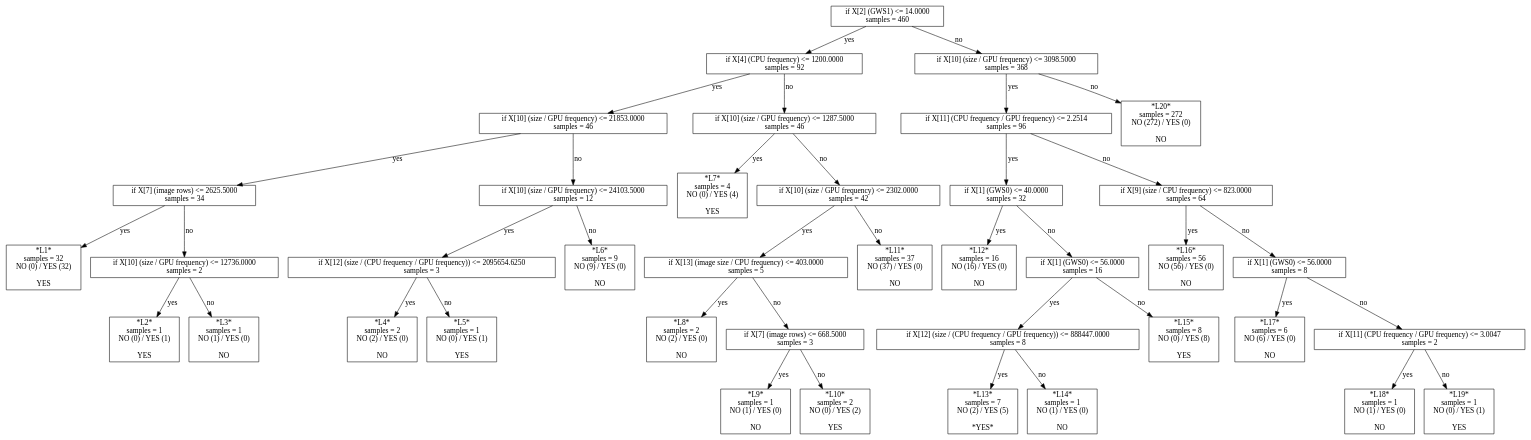
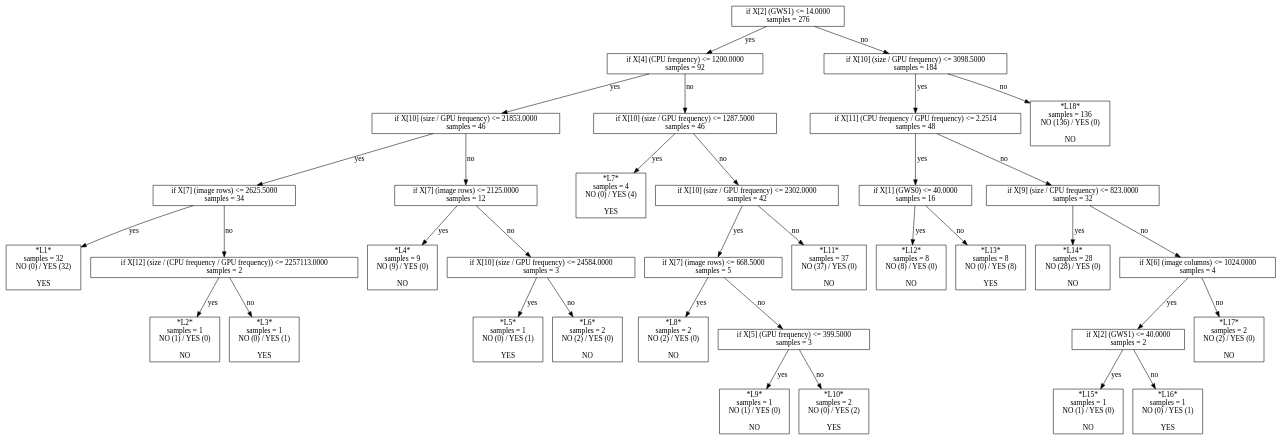
The diagram in script/reproduce-hog-modeling/t628-third-set-of-features-depth6/model-sklearn-dtc.model.dot (ctuning/reproduce-ck-paper-large-experiments), drawn with Graphviz before and after one commit. The commit also changed 924 other files, not shown here.

Commit message:
new experiments, graphs and predictive models for run-time adaptation; predictive scheduling and active learning

```diff
--- a/script/reproduce-hog-modeling/t628-third-set-of-features-depth6/model-sklearn-dtc.model.dot
+++ b/script/reproduce-hog-modeling/t628-third-set-of-features-depth6/model-sklearn-dtc.model.dot
@@ -1,79 +1,71 @@
 digraph Tree {
-0 [label="if X[2] (GWS1) <= 14.0000\nsamples = 460", shape="box"] ;
+0 [label="if X[2] (GWS1) <= 14.0000\nsamples = 276", shape="box"] ;
 1 [label="if X[4] (CPU frequency) <= 1200.0000\nsamples = 92", shape="box"] ;
 0 -> 1 [label="yes"];
 2 [label="if X[10] (size / GPU frequency) <= 21853.0000\nsamples = 46", shape="box"] ;
 1 -> 2 [label="yes"];
 3 [label="if X[7] (image rows) <= 2625.5000\nsamples = 34", shape="box"] ;
 2 -> 3 [label="yes"];
 4 [label="*L1*\nsamples = 32\nNO (0) / YES (32)\n\nYES", shape="box"] ;
 3 -> 4 [label="yes"];
-5 [label="if X[10] (size / GPU frequency) <= 12736.0000\nsamples = 2", shape="box"] ;
+5 [label="if X[12] (size / (CPU frequency / GPU frequency)) <= 2257113.0000\nsamples = 2", shape="box"] ;
 3 -> 5 [label="no"];
-6 [label="*L2*\nsamples = 1\nNO (0) / YES (1)\n\nYES", shape="box"] ;
+6 [label="*L2*\nsamples = 1\nNO (1) / YES (0)\n\nNO", shape="box"] ;
 5 -> 6 [label="yes"];
-7 [label="*L3*\nsamples = 1\nNO (1) / YES (0)\n\nNO", shape="box"] ;
+7 [label="*L3*\nsamples = 1\nNO (0) / YES (1)\n\nYES", shape="box"] ;
 5 -> 7 [label="no"];
-8 [label="if X[10] (size / GPU frequency) <= 24103.5000\nsamples = 12", shape="box"] ;
+8 [label="if X[7] (image rows) <= 2125.0000\nsamples = 12", shape="box"] ;
 2 -> 8 [label="no"];
-9 [label="if X[12] (size / (CPU frequency / GPU frequency)) <= 2095654.6250\nsamples = 3", shape="box"] ;
+9 [label="*L4*\nsamples = 9\nNO (9) / YES (0)\n\nNO", shape="box"] ;
 8 -> 9 [label="yes"];
-10 [label="*L4*\nsamples = 2\nNO (2) / YES (0)\n\nNO", shape="box"] ;
-9 -> 10 [label="yes"];
+10 [label="if X[10] (size / GPU frequency) <= 24584.0000\nsamples = 3", shape="box"] ;
+8 -> 10 [label="no"];
 11 [label="*L5*\nsamples = 1\nNO (0) / YES (1)\n\nYES", shape="box"] ;
-9 -> 11 [label="no"];
-12 [label="*L6*\nsamples = 9\nNO (9) / YES (0)\n\nNO", shape="box"] ;
-8 -> 12 [label="no"];
+10 -> 11 [label="yes"];
+12 [label="*L6*\nsamples = 2\nNO (2) / YES (0)\n\nNO", shape="box"] ;
+10 -> 12 [label="no"];
 13 [label="if X[10] (size / GPU frequency) <= 1287.5000\nsamples = 46", shape="box"] ;
 1 -> 13 [label="no"];
 14 [label="*L7*\nsamples = 4\nNO (0) / YES (4)\n\nYES", shape="box"] ;
 13 -> 14 [label="yes"];
 15 [label="if X[10] (size / GPU frequency) <= 2302.0000\nsamples = 42", shape="box"] ;
 13 -> 15 [label="no"];
-16 [label="if X[13] (image size / CPU frequency) <= 403.0000\nsamples = 5", shape="box"] ;
+16 [label="if X[7] (image rows) <= 668.5000\nsamples = 5", shape="box"] ;
 15 -> 16 [label="yes"];
 17 [label="*L8*\nsamples = 2\nNO (2) / YES (0)\n\nNO", shape="box"] ;
 16 -> 17 [label="yes"];
-18 [label="if X[7] (image rows) <= 668.5000\nsamples = 3", shape="box"] ;
+18 [label="if X[5] (GPU frequency) <= 399.5000\nsamples = 3", shape="box"] ;
 16 -> 18 [label="no"];
 19 [label="*L9*\nsamples = 1\nNO (1) / YES (0)\n\nNO", shape="box"] ;
 18 -> 19 [label="yes"];
 20 [label="*L10*\nsamples = 2\nNO (0) / YES (2)\n\nYES", shape="box"] ;
 18 -> 20 [label="no"];
 21 [label="*L11*\nsamples = 37\nNO (37) / YES (0)\n\nNO", shape="box"] ;
 15 -> 21 [label="no"];
-22 [label="if X[10] (size / GPU frequency) <= 3098.5000\nsamples = 368", shape="box"] ;
+22 [label="if X[10] (size / GPU frequency) <= 3098.5000\nsamples = 184", shape="box"] ;
 0 -> 22 [label="no"];
-23 [label="if X[11] (CPU frequency / GPU frequency) <= 2.2514\nsamples = 96", shape="box"] ;
+23 [label="if X[11] (CPU frequency / GPU frequency) <= 2.2514\nsamples = 48", shape="box"] ;
 22 -> 23 [label="yes"];
-24 [label="if X[1] (GWS0) <= 40.0000\nsamples = 32", shape="box"] ;
+24 [label="if X[1] (GWS0) <= 40.0000\nsamples = 16", shape="box"] ;
 23 -> 24 [label="yes"];
-25 [label="*L12*\nsamples = 16\nNO (16) / YES (0)\n\nNO", shape="box"] ;
+25 [label="*L12*\nsamples = 8\nNO (8) / YES (0)\n\nNO", shape="box"] ;
 24 -> 25 [label="yes"];
-26 [label="if X[1] (GWS0) <= 56.0000\nsamples = 16", shape="box"] ;
+26 [label="*L13*\nsamples = 8\nNO (0) / YES (8)\n\nYES", shape="box"] ;
 24 -> 26 [label="no"];
-27 [label="if X[12] (size / (CPU frequency / GPU frequency)) <= 888447.0000\nsamples = 8", shape="box"] ;
-26 -> 27 [label="yes"];
-28 [label="*L13*\nsamples = 7\nNO (2) / YES (5)\n\n*YES*", shape="box"] ;
+27 [label="if X[9] (size / CPU frequency) <= 823.0000\nsamples = 32", shape="box"] ;
+23 -> 27 [label="no"];
+28 [label="*L14*\nsamples = 28\nNO (28) / YES (0)\n\nNO", shape="box"] ;
 27 -> 28 [label="yes"];
-29 [label="*L14*\nsamples = 1\nNO (1) / YES (0)\n\nNO", shape="box"] ;
+29 [label="if X[6] (image columns) <= 1024.0000\nsamples = 4", shape="box"] ;
 27 -> 29 [label="no"];
-30 [label="*L15*\nsamples = 8\nNO (0) / YES (8)\n\nYES", shape="box"] ;
-26 -> 30 [label="no"];
-31 [label="if X[9] (size / CPU frequency) <= 823.0000\nsamples = 64", shape="box"] ;
-23 -> 31 [label="no"];
-32 [label="*L16*\nsamples = 56\nNO (56) / YES (0)\n\nNO", shape="box"] ;
-31 -> 32 [label="yes"];
-33 [label="if X[1] (GWS0) <= 56.0000\nsamples = 8", shape="box"] ;
-31 -> 33 [label="no"];
-34 [label="*L17*\nsamples = 6\nNO (6) / YES (0)\n\nNO", shape="box"] ;
-33 -> 34 [label="yes"];
-35 [label="if X[11] (CPU frequency / GPU frequency) <= 3.0047\nsamples = 2", shape="box"] ;
-33 -> 35 [label="no"];
-36 [label="*L18*\nsamples = 1\nNO (1) / YES (0)\n\nNO", shape="box"] ;
-35 -> 36 [label="yes"];
-37 [label="*L19*\nsamples = 1\nNO (0) / YES (1)\n\nYES", shape="box"] ;
-35 -> 37 [label="no"];
-38 [label="*L20*\nsamples = 272\nNO (272) / YES (0)\n\nNO", shape="box"] ;
-22 -> 38 [label="no"];
+30 [label="if X[2] (GWS1) <= 40.0000\nsamples = 2", shape="box"] ;
+29 -> 30 [label="yes"];
+31 [label="*L15*\nsamples = 1\nNO (1) / YES (0)\n\nNO", shape="box"] ;
+30 -> 31 [label="yes"];
+32 [label="*L16*\nsamples = 1\nNO (0) / YES (1)\n\nYES", shape="box"] ;
+30 -> 32 [label="no"];
+33 [label="*L17*\nsamples = 2\nNO (2) / YES (0)\n\nNO", shape="box"] ;
+29 -> 33 [label="no"];
+34 [label="*L18*\nsamples = 136\nNO (136) / YES (0)\n\nNO", shape="box"] ;
+22 -> 34 [label="no"];
 }
```
